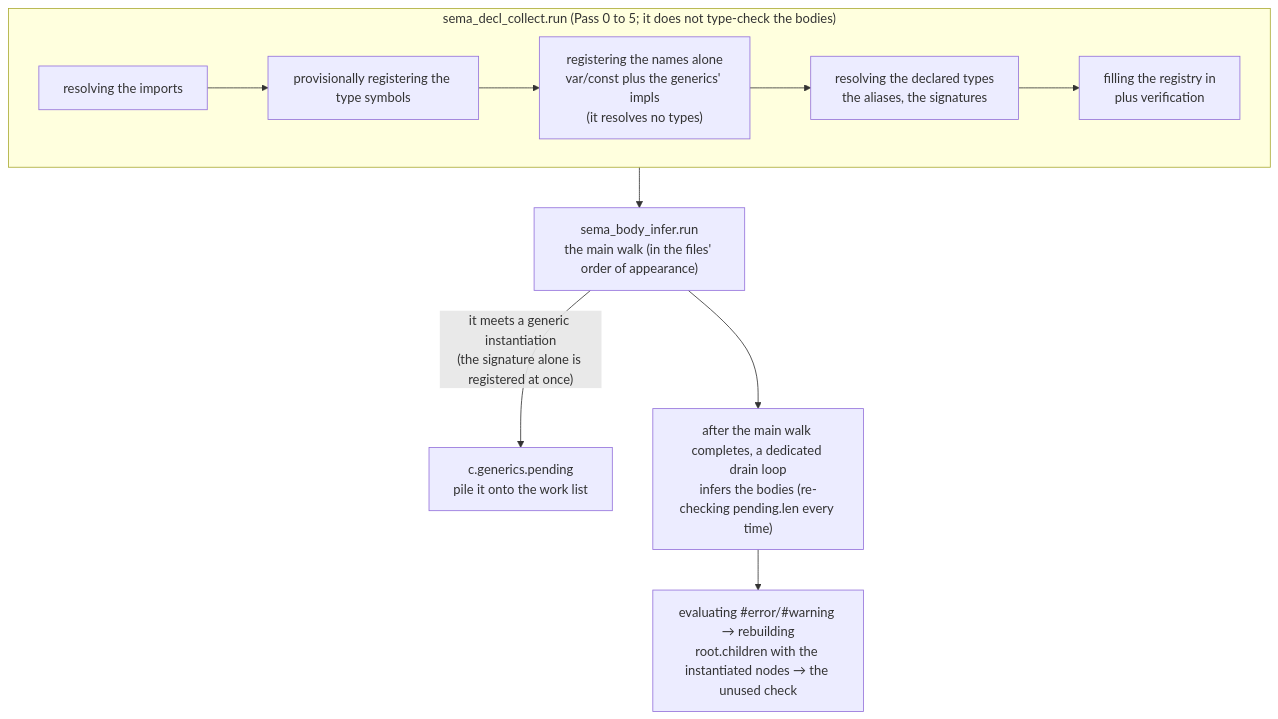
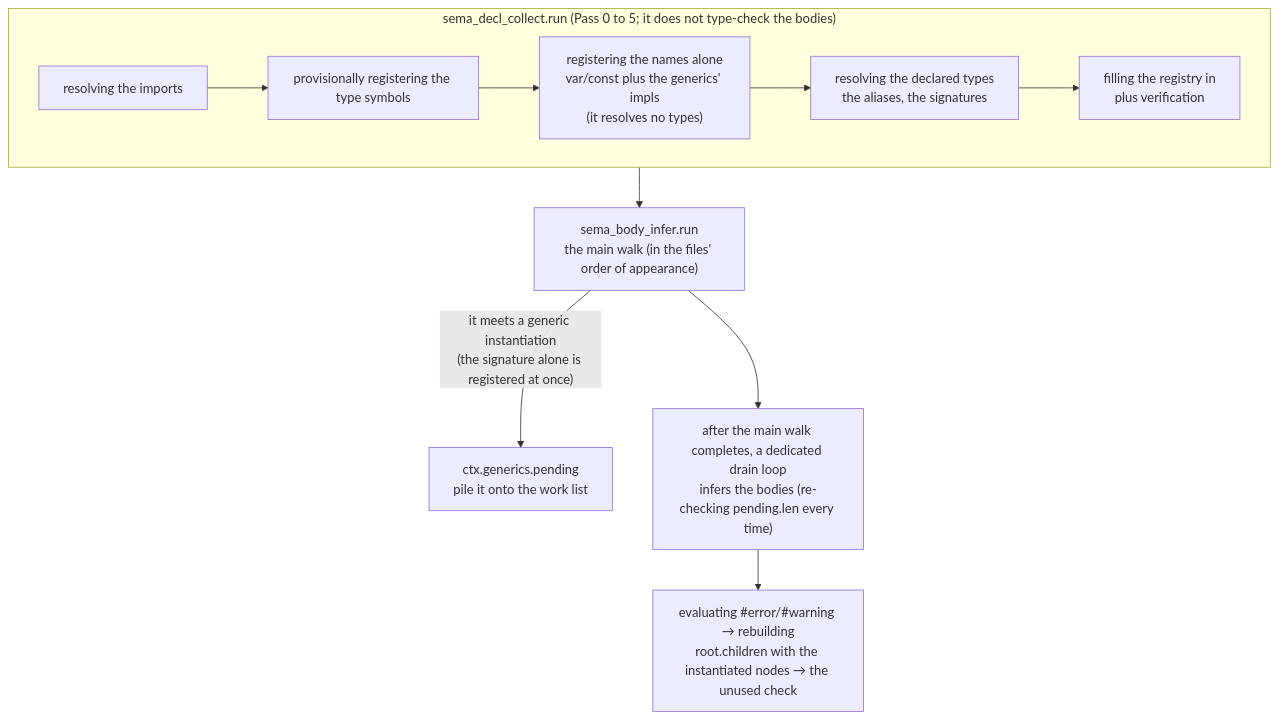
Before and after one commit to kansosystem-org/kspl-experimental: the second of 3 diagrams in ksplc/docs/DESIGN-sema.md, drawn with Mermaid. The commit also changed other lines of this file and 602 other files, not shown here.

````diff
--- a/ksplc/docs/DESIGN-sema.md
+++ b/ksplc/docs/DESIGN-sema.md
@@ -97,11 +97,11 @@
 ```mermaid
 flowchart TD
     subgraph collect["sema_decl_collect.run (Pass 0 to 5; it does not type-check the bodies)"]
         direction LR
         S1[resolving the imports] --> S2[provisionally registering the type symbols] --> S3a["registering the names alone<br/>var/const plus the generics' impls<br/>(it resolves no types)"] --> S3b[resolving the declared types<br/>the aliases, the signatures] --> S4[filling the registry in<br/>plus verification]
     end
     collect --> infer["sema_body_infer.run<br/>the main walk (in the files' order of appearance)"]
-    infer -->|"it meets a generic instantiation<br/>(the signature alone is registered at once)"| pending["c.generics.pending<br/>pile it onto the work list"]
+    infer -->|"it meets a generic instantiation<br/>(the signature alone is registered at once)"| pending["ctx.generics.pending<br/>pile it onto the work list"]
     infer --> drain["after the main walk completes, a dedicated drain loop<br/>infers the bodies (re-checking pending.len every time)"]
     drain --> tail["evaluating #error/#warning → rebuilding<br/>root.children with the instantiated nodes → the unused check"]
 ```
````
